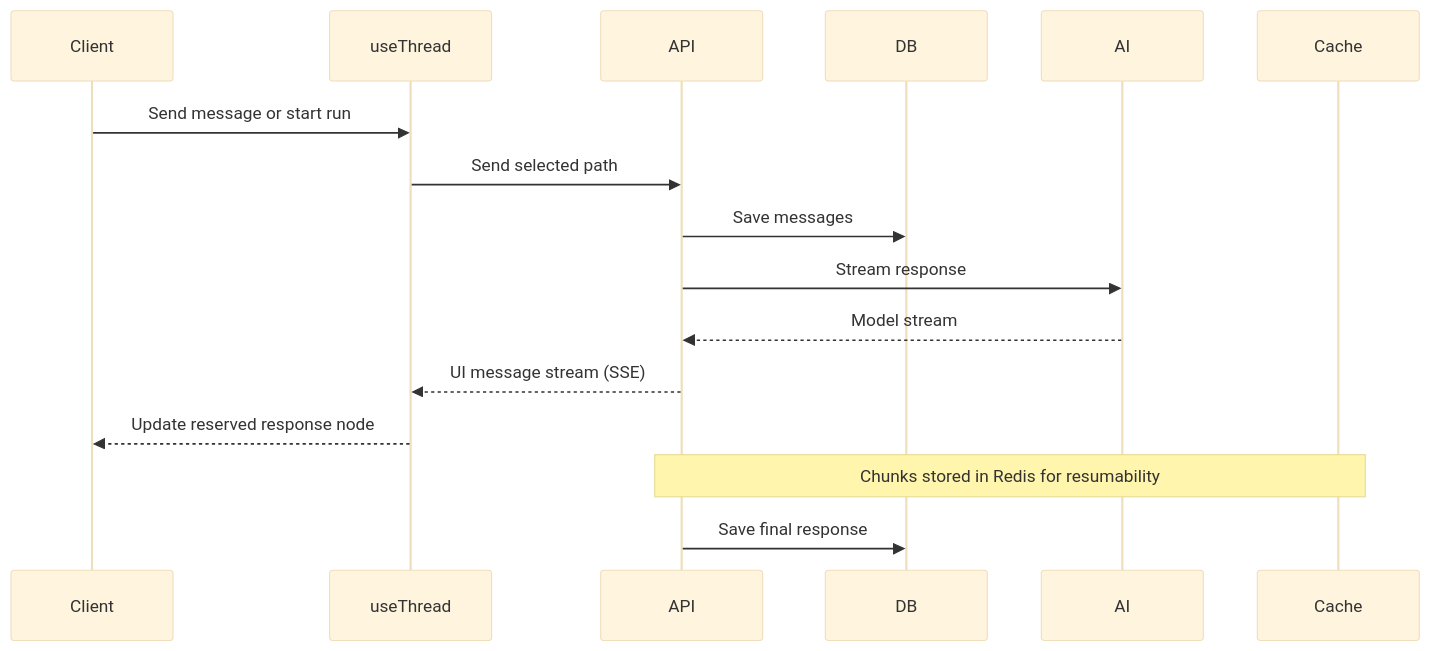
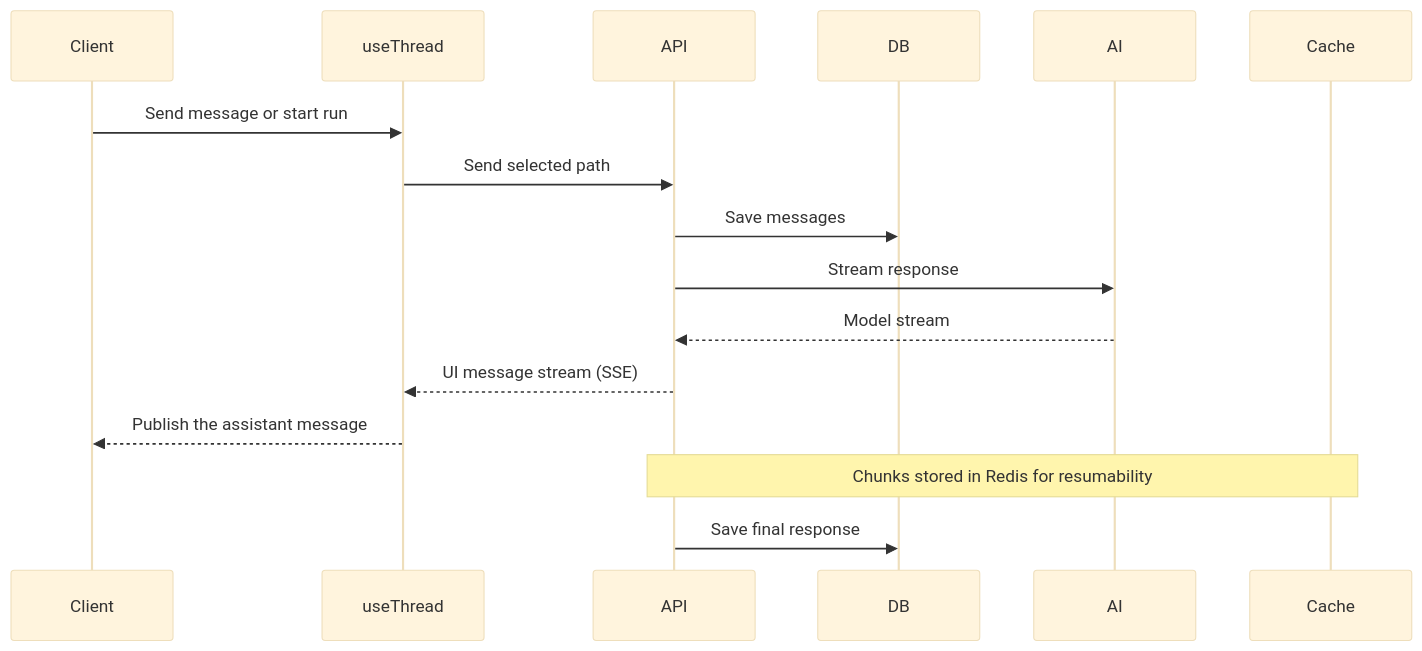
The second of 2 diagrams in apps/docs/core/architecture.mdx (FranciscoMoretti/chat-js), drawn with Mermaid (base theme) before and after one commit. The commit also changed 4 other files, not shown here.

````diff
--- a/apps/docs/core/architecture.mdx
+++ b/apps/docs/core/architecture.mdx
@@ -32,18 +32,18 @@
 ```mermaid
 sequenceDiagram
     participant Client
     participant Thread as useThread
     participant API
     participant DB
     participant AI
     participant Cache
     Client->>Thread: Send message or start run
     Thread->>API: Send selected path
     API->>DB: Save messages
     API->>AI: Stream response
     AI-->>API: Model stream
     API-->>Thread: UI message stream (SSE)
-    Thread-->>Client: Update reserved response node
+    Thread-->>Client: Publish the assistant message
     Note over API,Cache: Chunks stored in Redis for resumability
     API->>DB: Save final response
 ```
````
